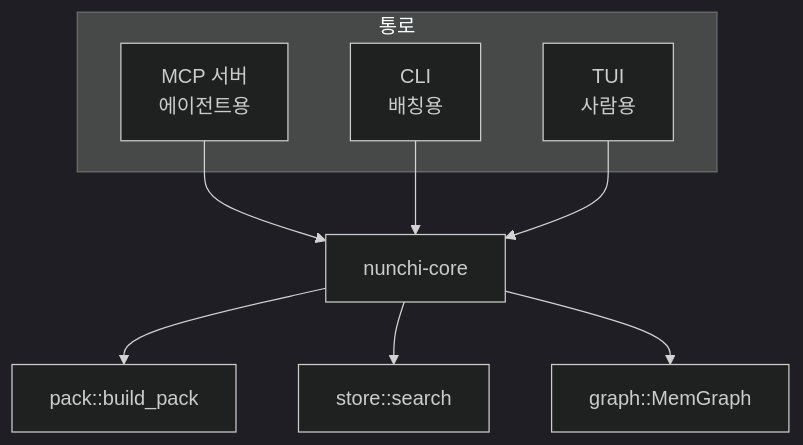
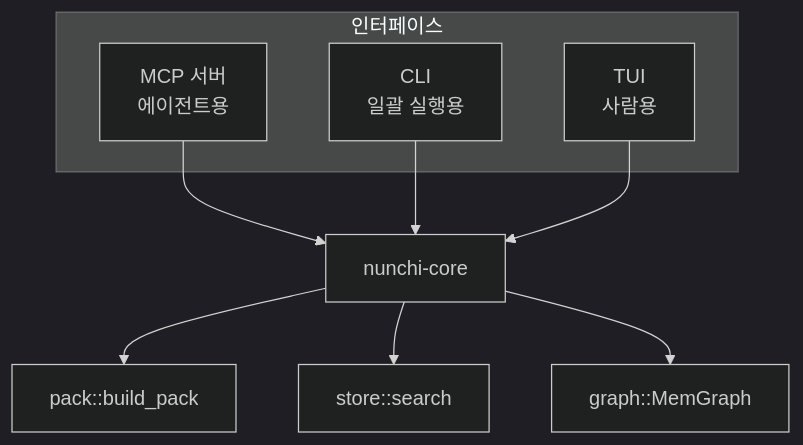
Before and after one commit to iwindfree/nunchi: the diagram in book/src/nunchi/11-serve-tui.md, drawn with Mermaid (dark theme). The commit also changed other lines of this file and 22 other files, not shown here.

````diff
--- a/book/src/nunchi/11-serve-tui.md
+++ b/book/src/nunchi/11-serve-tui.md
@@ -19,14 +19,14 @@
 ```mermaid
 flowchart TD
-    subgraph 통로
+    subgraph 인터페이스
         A[MCP 서버<br/>에이전트용] 
-        B[CLI<br/>배칭용]
+        B[CLI<br/>일괄 실행용]
         C[TUI<br/>사람용]
     end
     A --> D[nunchi-core]
     B --> D
     C --> D
     D --> E[pack::build_pack]
     D --> F[store::search]
     D --> G[graph::MemGraph]
 ```
````
